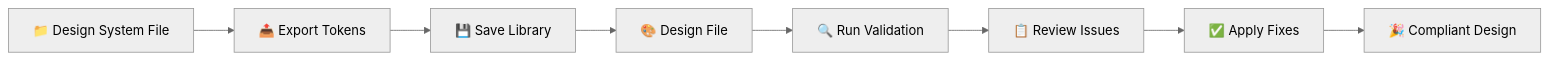
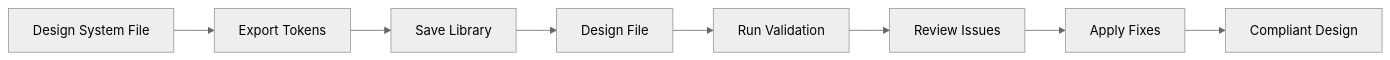
Before and after one commit to PivensPortfolio/KovaTokenValidation: the diagram in README.md, drawn with Mermaid (neutral theme). The commit also changed other lines of this file, not shown here.

````diff
--- a/README.md
+++ b/README.md
@@ -60,10 +60,10 @@
 ```mermaid
 graph LR
-    A[📁 Design System File] --> B[📤 Export Tokens]
-    B --> C[💾 Save Library]
-    C --> D[🎨 Design File]
-    D --> E[🔍 Run Validation]
-    E --> F[📋 Review Issues]
-    F --> G[✅ Apply Fixes]
-    G --> H[🎉 Compliant Design]
+    A[Design System File] --> B[Export Tokens]
+    B --> C[Save Library]
+    C --> D[Design File]
+    D --> E[Run Validation]
+    E --> F[Review Issues]
+    F --> G[Apply Fixes]
+    G --> H[Compliant Design]
 ```
````
